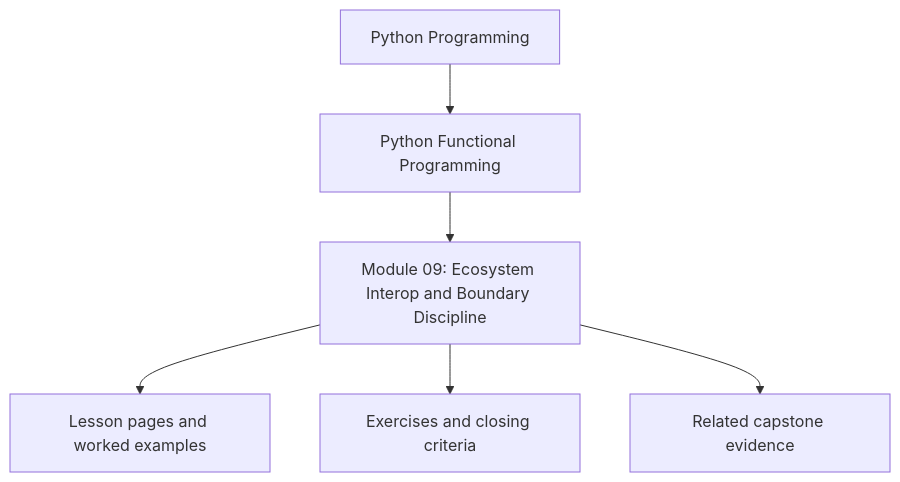
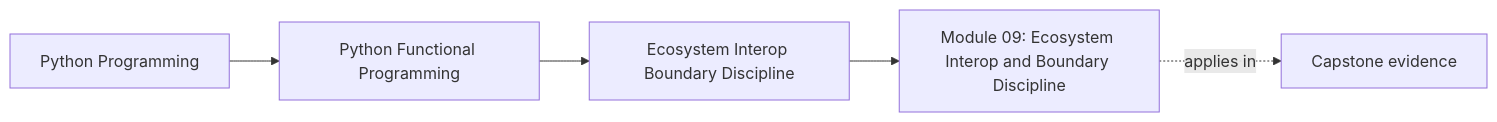
The first of 2 diagrams in programs/python-programming/python-functional-programming/course-book/module-09-ecosystem-interop-boundary-discipline/index.md (bijux/bijux-masterclass), drawn with Mermaid before and after one commit. The commit also changed other lines of this file and 108 other files, not shown here.

Commit message:
docs(python-functional-programming): map capstone and advanced design surfaces

````diff
--- a/programs/python-programming/python-functional-programming/course-book/module-09-ecosystem-interop-boundary-discipline/index.md
+++ b/programs/python-programming/python-functional-programming/course-book/module-09-ecosystem-interop-boundary-discipline/index.md
@@ -7,8 +7,11 @@
 ```mermaid
-flowchart TD
-  family["Python Programming"] --> program["Python Functional Programming"]
-  program --> module["Module 09: Ecosystem Interop and Boundary Discipline"]
-  module --> lessons["Lesson pages and worked examples"]
-  module --> checkpoints["Exercises and closing criteria"]
-  module --> capstone["Related capstone evidence"]
+graph LR
+  family["Python Programming"]
+  program["Python Functional Programming"]
+  section["Ecosystem Interop Boundary Discipline"]
+  page["Module 09: Ecosystem Interop and Boundary Discipline"]
+  capstone["Capstone evidence"]
+
+  family --> program --> section --> page
+  page -.applies in.-> capstone
 ```
````
